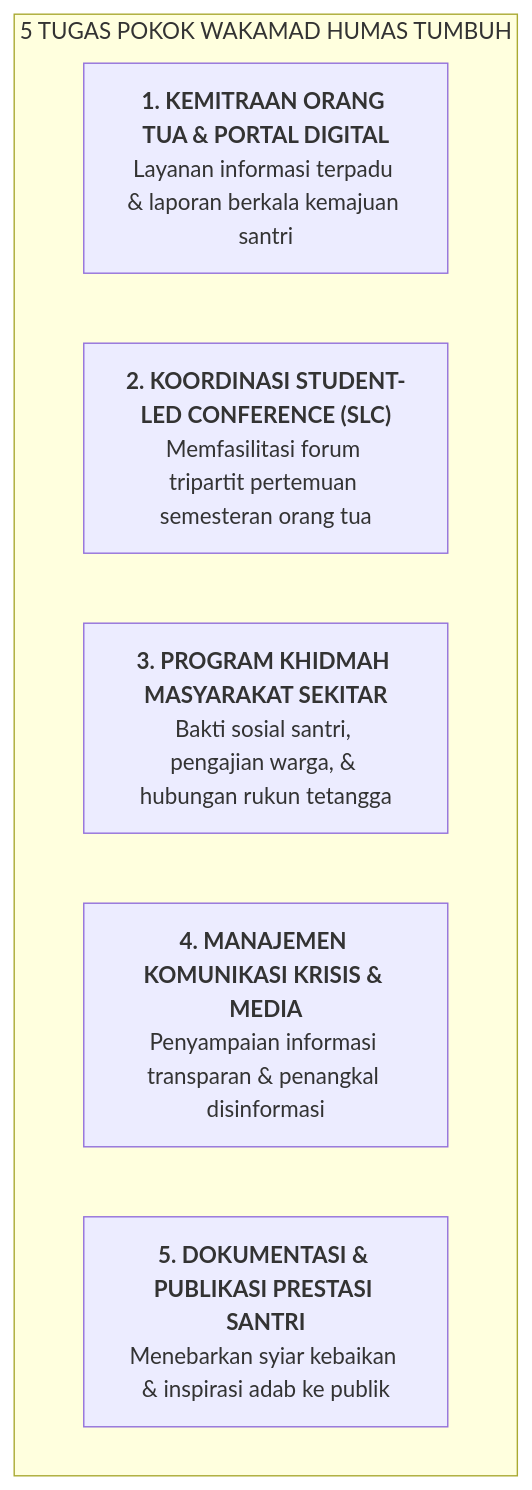
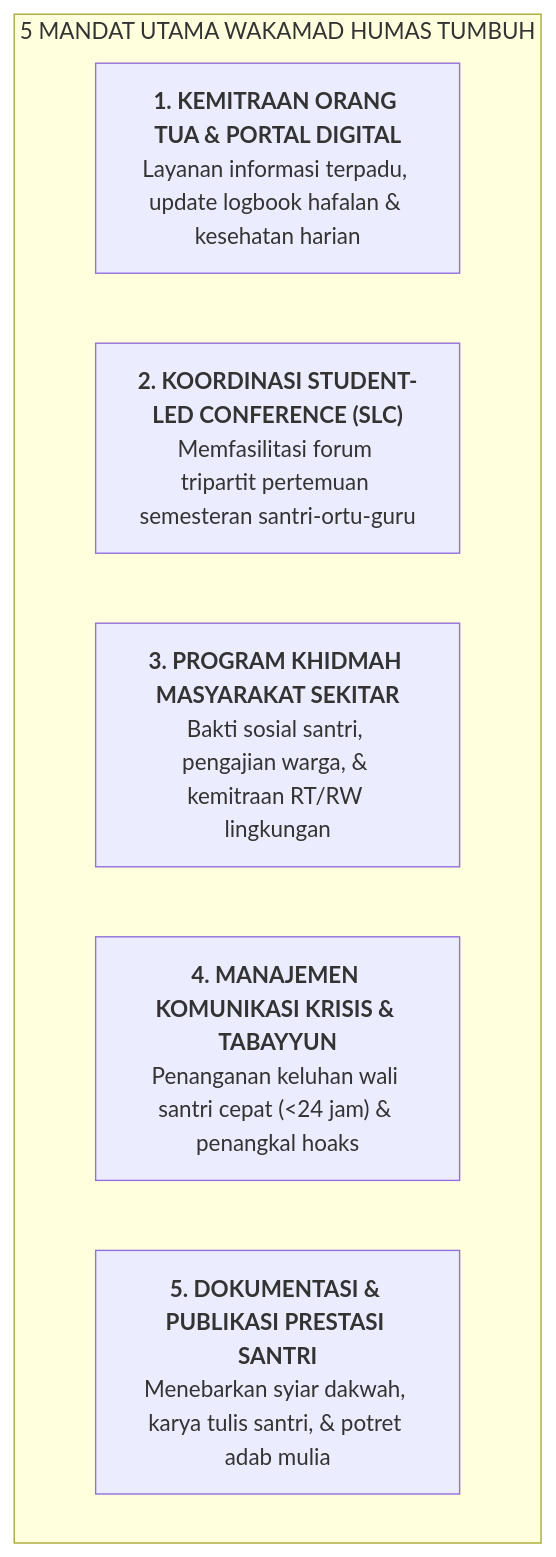
The diagram in BOOK Series 2/Volume-05-Manual-Operasional-SOP-24Jam-dan-Tata-Kelola/Bab-04-Integrasi-4-Pilar-Wakamad/05-Tupoksi-Wakamad-Humas.md (wandiapriliyandi/tumbuh), drawn with Mermaid before and after one commit. The commit also changed other lines of this file and 61 other files, not shown here.

````diff
--- a/BOOK Series 2/Volume-05-Manual-Operasional-SOP-24Jam-dan-Tata-Kelola/Bab-04-Integrasi-4-Pilar-Wakamad/05-Tupoksi-Wakamad-Humas.md
+++ b/BOOK Series 2/Volume-05-Manual-Operasional-SOP-24Jam-dan-Tata-Kelola/Bab-04-Integrasi-4-Pilar-Wakamad/05-Tupoksi-Wakamad-Humas.md
@@ -9,10 +13,10 @@
 ```mermaid
 flowchart TD
-    subgraph MandatHumas["5 TUGAS POKOK WAKAMAD HUMAS TUMBUH"]
-        H1["<b>1. KEMITRAAN ORANG TUA & PORTAL DIGITAL</b><br/>Layanan informasi terpadu & laporan berkala kemajuan santri"]
-        H2["<b>2. KOORDINASI STUDENT-LED CONFERENCE (SLC)</b><br/>Memfasilitasi forum tripartit pertemuan semesteran orang tua"]
-        H3["<b>3. PROGRAM KHIDMAH MASYARAKAT SEKITAR</b><br/>Bakti sosial santri, pengajian warga, & hubungan rukun tetangga"]
-        H4["<b>4. MANAJEMEN KOMUNIKASI KRISIS & MEDIA</b><br/>Penyampaian informasi transparan & penangkal disinformasi"]
-        H5["<b>5. DOKUMENTASI & PUBLIKASI PRESTASI SANTRI</b><br/>Menebarkan syiar kebaikan & inspirasi adab ke publik"]
+    subgraph MandatHumas["5 MANDAT UTAMA WAKAMAD HUMAS TUMBUH"]
+        H1["<b>1. KEMITRAAN ORANG TUA & PORTAL DIGITAL</b><br/>Layanan informasi terpadu, update logbook hafalan & kesehatan harian"]
+        H2["<b>2. KOORDINASI STUDENT-LED CONFERENCE (SLC)</b><br/>Memfasilitasi forum tripartit pertemuan semesteran santri-ortu-guru"]
+        H3["<b>3. PROGRAM KHIDMAH MASYARAKAT SEKITAR</b><br/>Bakti sosial santri, pengajian warga, & kemitraan RT/RW lingkungan"]
+        H4["<b>4. MANAJEMEN KOMUNIKASI KRISIS & TABAYYUN</b><br/>Penanganan keluhan wali santri cepat (<24 jam) & penangkal hoaks"]
+        H5["<b>5. DOKUMENTASI & PUBLIKASI PRESTASI SANTRI</b><br/>Menebarkan syiar dakwah, karya tulis santri, & potret adab mulia"]
     end
 ```
````
